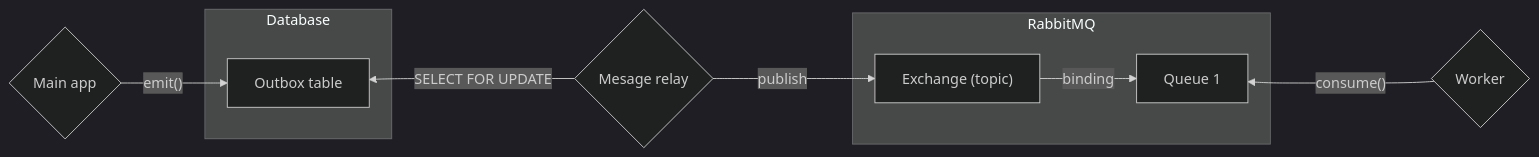
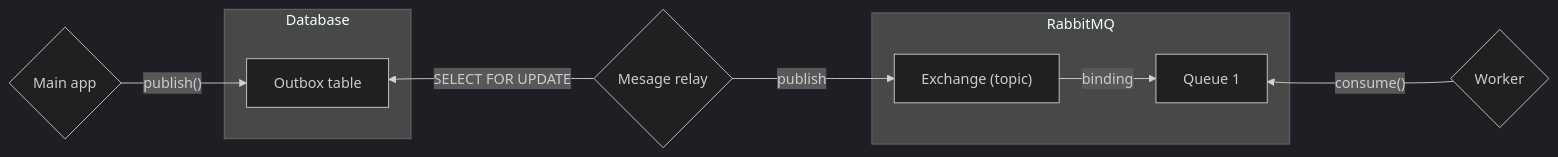
The first of 2 diagrams in README.md (kbairak/outbox), drawn with Mermaid (dark theme) before and after one commit. The commit also changed other lines of this file and 12 other files, not shown here.

Commit message:
rename emit -> publish, listen -> consume

````diff
--- a/README.md
+++ b/README.md
@@ -5,19 +5,19 @@
 ```mermaid
 flowchart LR
-    MA{Main app} -->|"emit()"| DB[Outbox table]
+    MA{Main app} -->|"publish()"| DB[Outbox table]
     DB ~~~ MR{Mesage relay}
     MR -->|SELECT FOR UPDATE| DB
     MR ~~~ DB
     MR --->|publish| ME["Exchange (topic)"]
 
     subgraph Database
     DB
     end
 
     subgraph RabbitMQ
     ME -->|binding| Q1[Queue 1]
     end
 
     Q1 ~~~ W{Worker} --->|"consume()"| Q1
     W{Worker} ~~~ Q1
 ```
````
